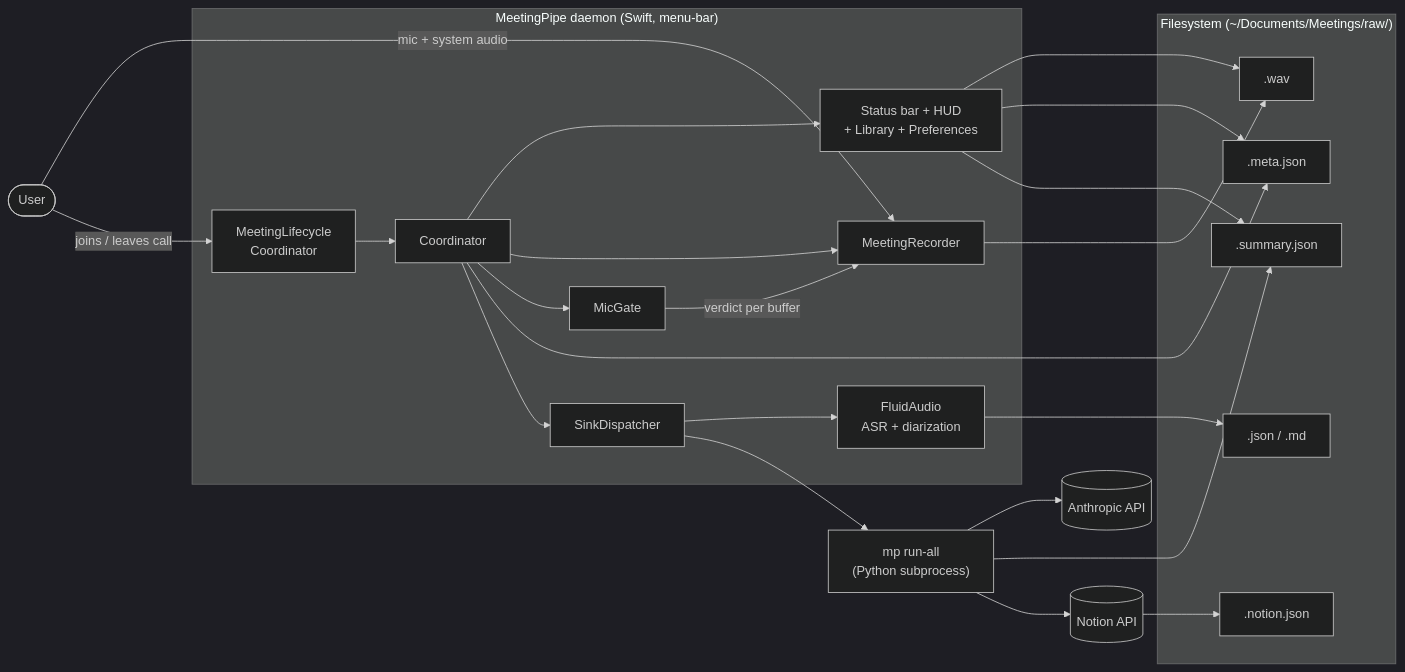
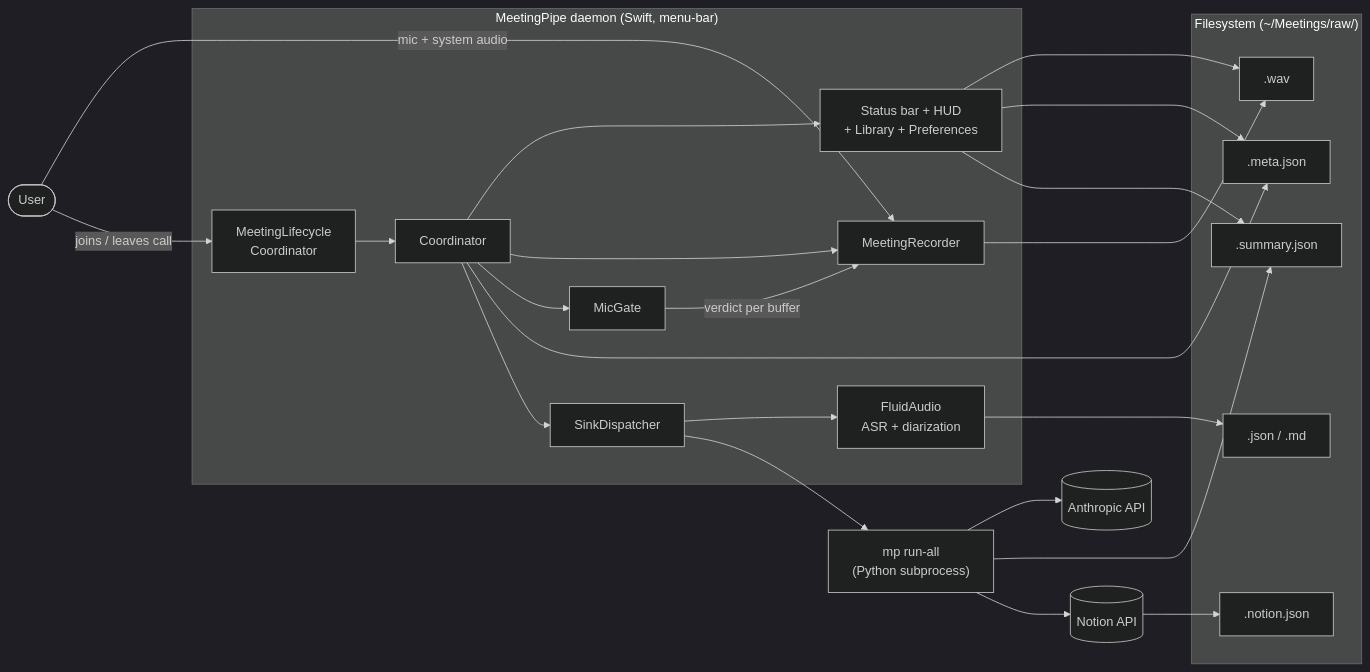
The first of 5 diagrams in ARCHITECTURE.md (ggegelya/meeting-pipe), drawn with Mermaid (dark theme) before and after one commit. The commit also changed other lines of this file and 27 other files, not shown here.

````diff
--- a/ARCHITECTURE.md
+++ b/ARCHITECTURE.md
@@ -24,44 +24,44 @@
 ```mermaid
 flowchart LR
     User([User])
     subgraph Daemon["MeetingPipe daemon (Swift, menu-bar)"]
         MLC["MeetingLifecycle<br/>Coordinator"]
         Coordinator
         MicGate
         Recorder["MeetingRecorder"]
         Transcribe["FluidAudio<br/>ASR + diarization"]
         Sinks["SinkDispatcher"]
         UI["Status bar + HUD<br/>+ Library + Preferences"]
     end
-    subgraph FS["Filesystem (~/Documents/Meetings/raw/)"]
+    subgraph FS["Filesystem (~/Meetings/raw/)"]
         WAV[".wav"]
         Meta[".meta.json"]
         Transcript[".json / .md"]
         Summary[".summary.json"]
         Notion[".notion.json"]
     end
     Pipeline["mp run-all<br/>(Python subprocess)"]
     Anthropic[(Anthropic API)]
     NotionAPI[(Notion API)]
 
     User -->|mic + system audio| Recorder
     User -->|joins / leaves call| MLC
     MLC --> Coordinator
     Coordinator --> UI
     Coordinator --> Recorder
     Coordinator --> MicGate
     MicGate -->|verdict per buffer| Recorder
     Recorder --> WAV
     Coordinator --> Meta
     Coordinator --> Sinks
     Sinks --> Transcribe
     Transcribe --> Transcript
     Sinks --> Pipeline
     Pipeline --> Anthropic
     Pipeline --> Summary
     Pipeline --> NotionAPI
     NotionAPI --> Notion
     UI --> WAV
     UI --> Meta
     UI --> Summary
 ```
````
